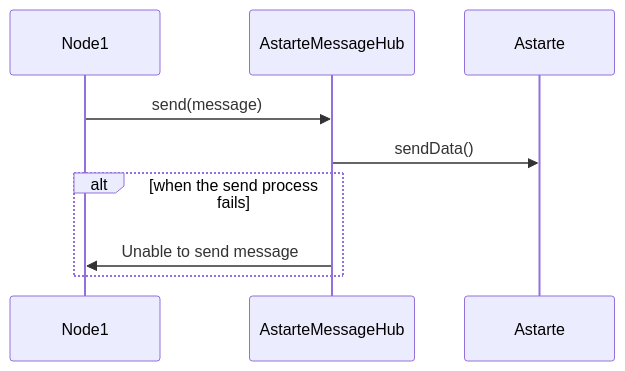
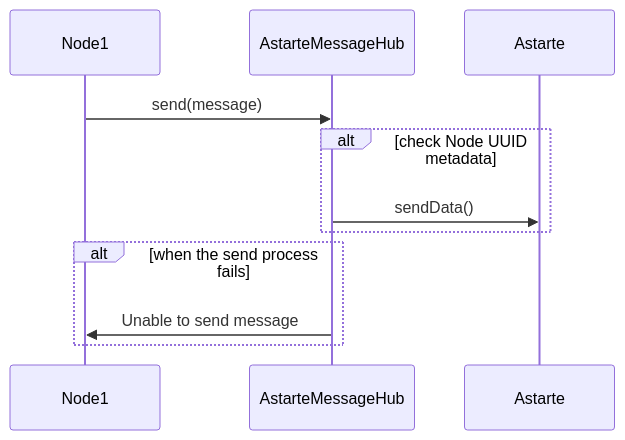
One commit to astarte-platform/astarte-message-hub changed the third of 4 diagrams in docs/ARCHITECTURE.md. Above: the diagram before and after it, drawn with Mermaid. The commit also changed other lines of this file, not shown here.

Commit message:
update(architecture): modify atchitecture description and diagrams

````diff
--- a/docs/ARCHITECTURE.md
+++ b/docs/ARCHITECTURE.md
@@ -194,12 +199,14 @@
 ```mermaid
 sequenceDiagram
     participant Node1
     participant AstarteMessageHub
     participant Astarte
     Node1->>AstarteMessageHub: send(message)
-    AstarteMessageHub->>Astarte: sendData()
-
+    alt check Node UUID metadata
+        AstarteMessageHub ->> Astarte: sendData()
+    end
     alt when the send process fails
          AstarteMessageHub->>Node1: Unable to send message
     end
+
 ```
````
